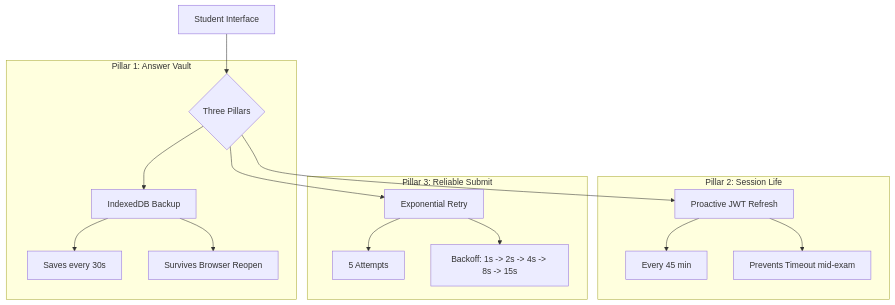
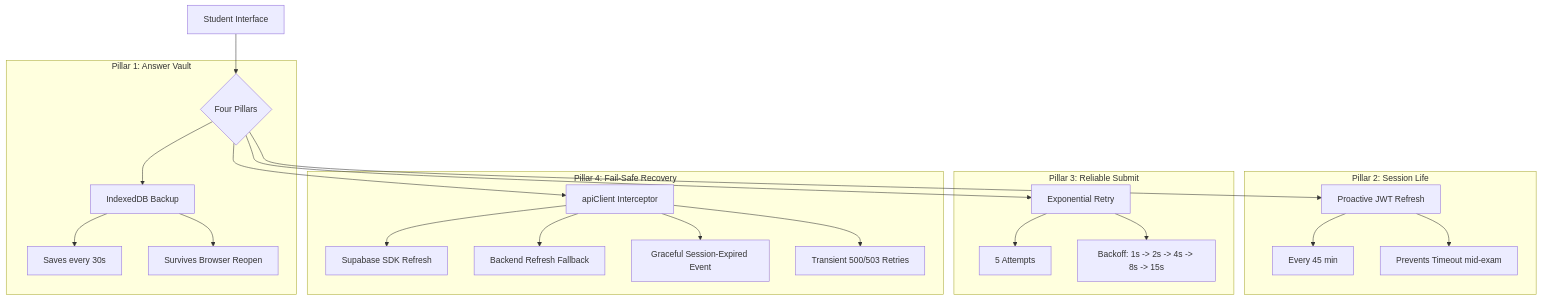
One commit to nirwairkumar/nkc-test changed the diagram in plans/test_submission_resilience.md. Above: the diagram before and after it, drawn with Mermaid. The commit also changed other lines of this file and 1 other file, not shown here.

Commit message:
refactor: update auth architecture across frontend, backend, and documentation

````diff
--- a/plans/test_submission_resilience.md
+++ b/plans/test_submission_resilience.md
@@ -9,22 +9,30 @@
 ```mermaid
 graph TD
-    A[Student Interface] --> B{Three Pillars}
+    A[Student Interface] --> B{Four Pillars}
     
     subgraph Pillar 1: Answer Vault
     B --> C[IndexedDB Backup]
     C --> C1[Saves every 30s]
     C --> C2[Survives Browser Reopen]
     end
     
     subgraph Pillar 2: Session Life
     B --> D[Proactive JWT Refresh]
     D --> D1[Every 45 min]
     D --> D2[Prevents Timeout mid-exam]
     end
     
     subgraph Pillar 3: Reliable Submit
     B --> E[Exponential Retry]
     E --> E1[5 Attempts]
     E --> E2[Backoff: 1s -> 2s -> 4s -> 8s -> 15s]
     end
+
+    subgraph Pillar 4: Fail-Safe Recovery
+    B --> F[apiClient Interceptor]
+    F --> F1[Supabase SDK Refresh]
+    F --> F2[Backend Refresh Fallback]
+    F --> F3[Graceful Session-Expired Event]
+    F --> F4[Transient 500/503 Retries]
+    end
 ```
````
